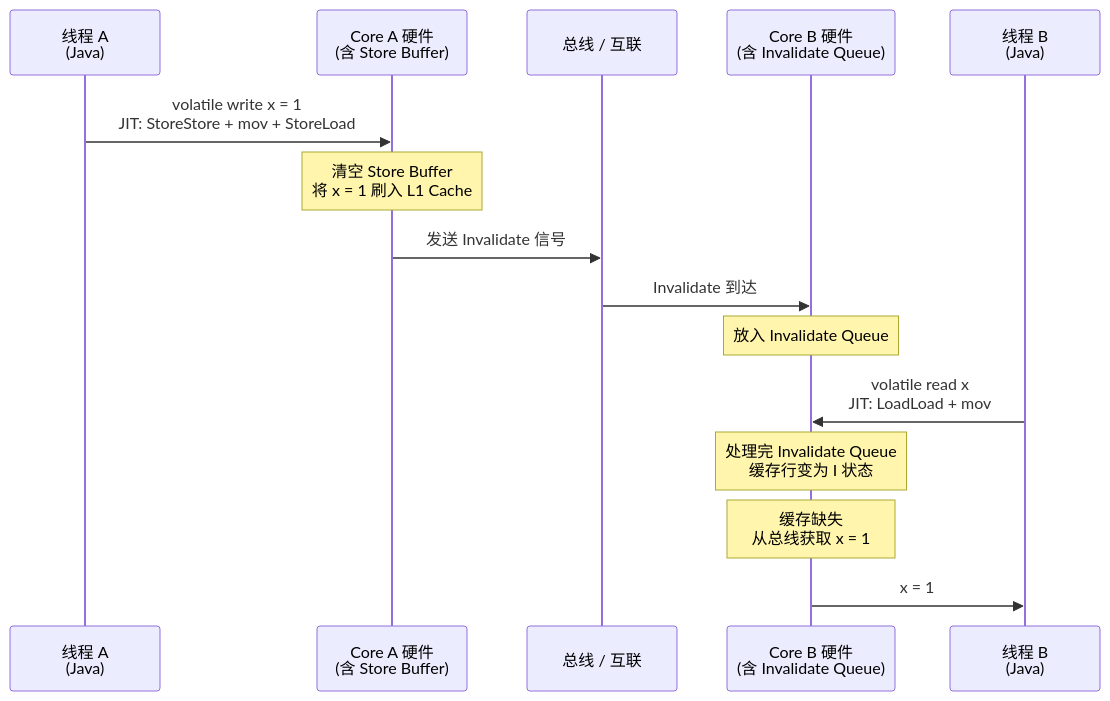
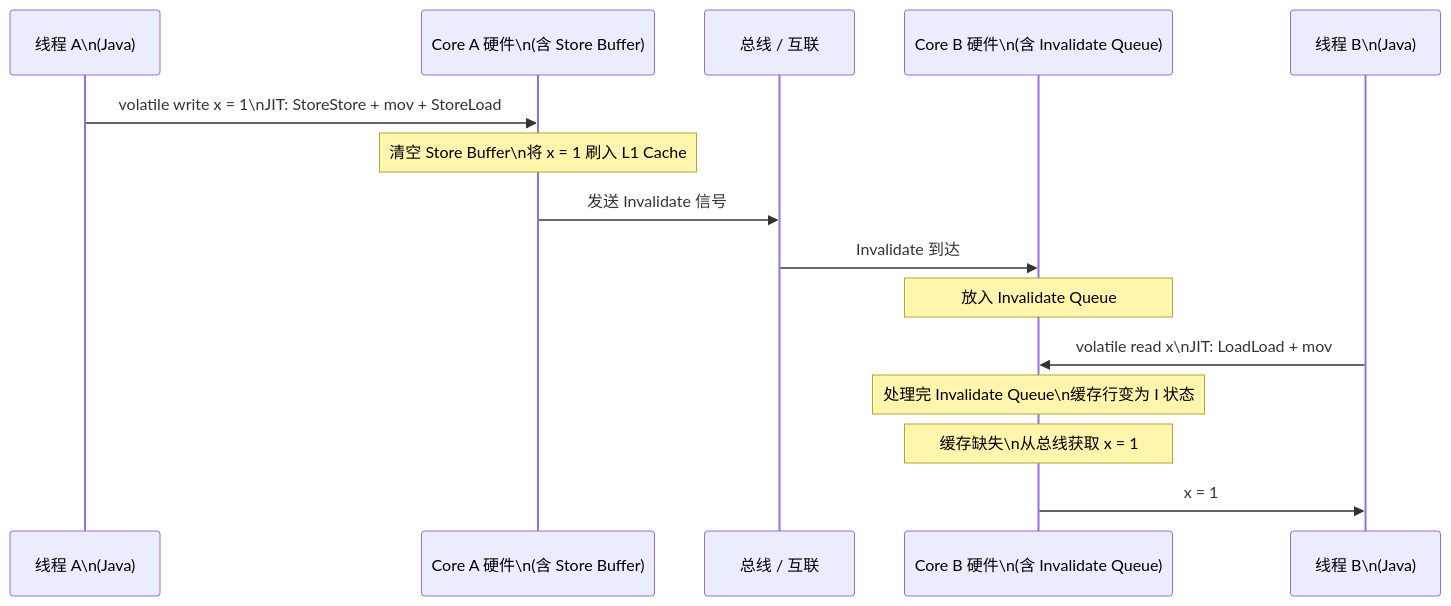
One commit to yaocat55/yaocat55.github.io changed the seventh of 7 diagrams in content/posts/concurrency/Volatile.md. Above: the diagram before and after it, drawn with Mermaid. The commit also changed other lines of this file and 155 other files, not shown here.

````diff
--- a/content/posts/concurrency/Volatile.md
+++ b/content/posts/concurrency/Volatile.md
@@ -341,18 +363,18 @@
 ```mermaid
 sequenceDiagram
-    participant TA as 线程 A<br/>(Java)
-    participant HW_A as Core A 硬件<br/>(含 Store Buffer)
+    participant TA as 线程 A\n(Java)
+    participant HW_A as Core A 硬件\n(含 Store Buffer)
     participant Bus as 总线 / 互联
-    participant HW_B as Core B 硬件<br/>(含 Invalidate Queue)
-    participant TB as 线程 B<br/>(Java)
+    participant HW_B as Core B 硬件\n(含 Invalidate Queue)
+    participant TB as 线程 B\n(Java)
 
-    TA->>HW_A: volatile write x = 1<br/>JIT: StoreStore + mov + StoreLoad
-    Note over HW_A: 清空 Store Buffer<br/>将 x = 1 刷入 L1 Cache
+    TA->>HW_A: volatile write x = 1\nJIT: StoreStore + mov + StoreLoad
+    Note over HW_A: 清空 Store Buffer\n将 x = 1 刷入 L1 Cache
     HW_A->>Bus: 发送 Invalidate 信号
     Bus->>HW_B: Invalidate 到达
     Note over HW_B: 放入 Invalidate Queue
-    TB->>HW_B: volatile read x<br/>JIT: LoadLoad + mov
-    Note over HW_B: 处理完 Invalidate Queue<br/>缓存行变为 I 状态
-    Note over HW_B: 缓存缺失<br/>从总线获取 x = 1
+    TB->>HW_B: volatile read x\nJIT: LoadLoad + mov
+    Note over HW_B: 处理完 Invalidate Queue\n缓存行变为 I 状态
+    Note over HW_B: 缓存缺失\n从总线获取 x = 1
     HW_B->>TB: x = 1
 ```
````
